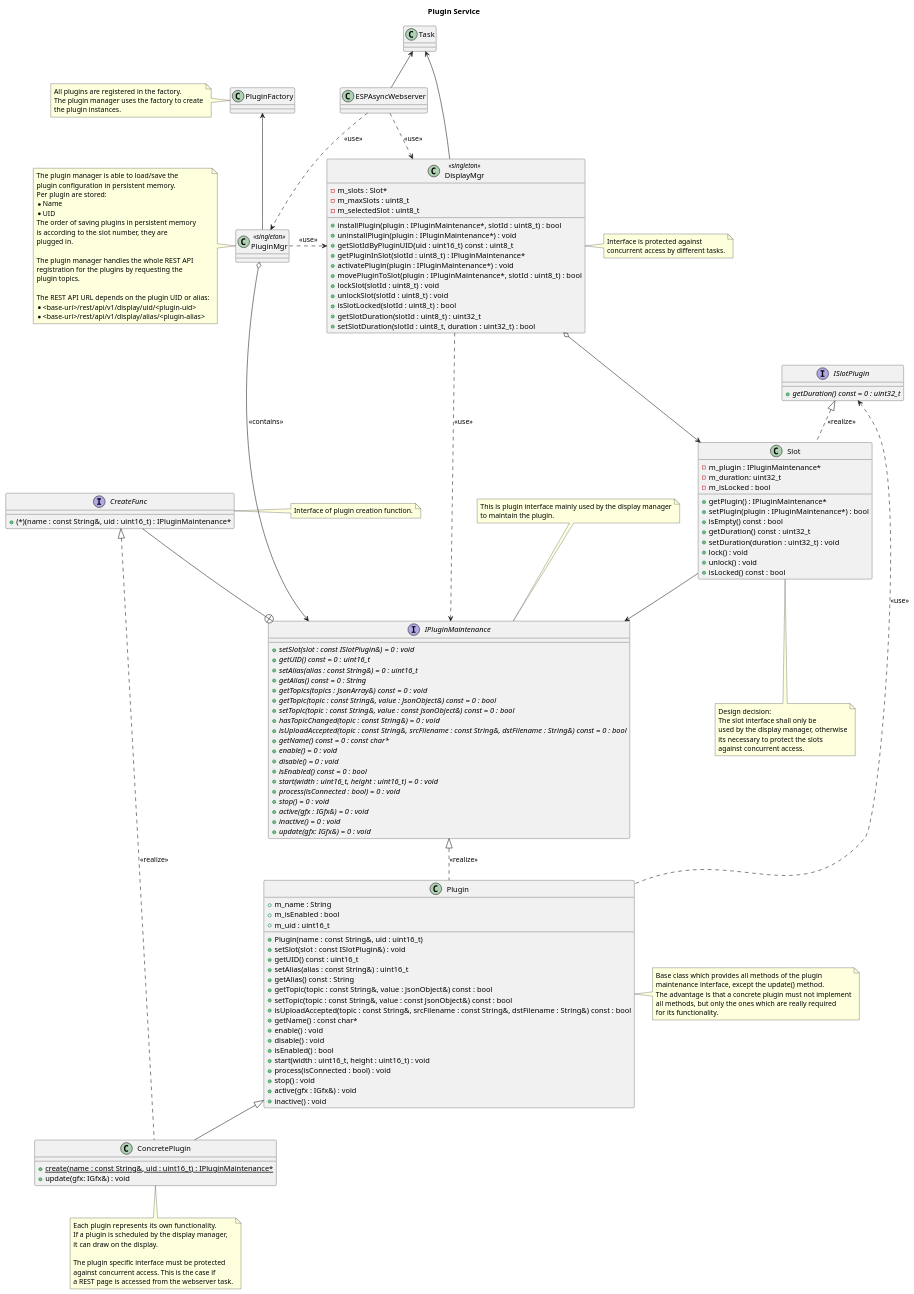
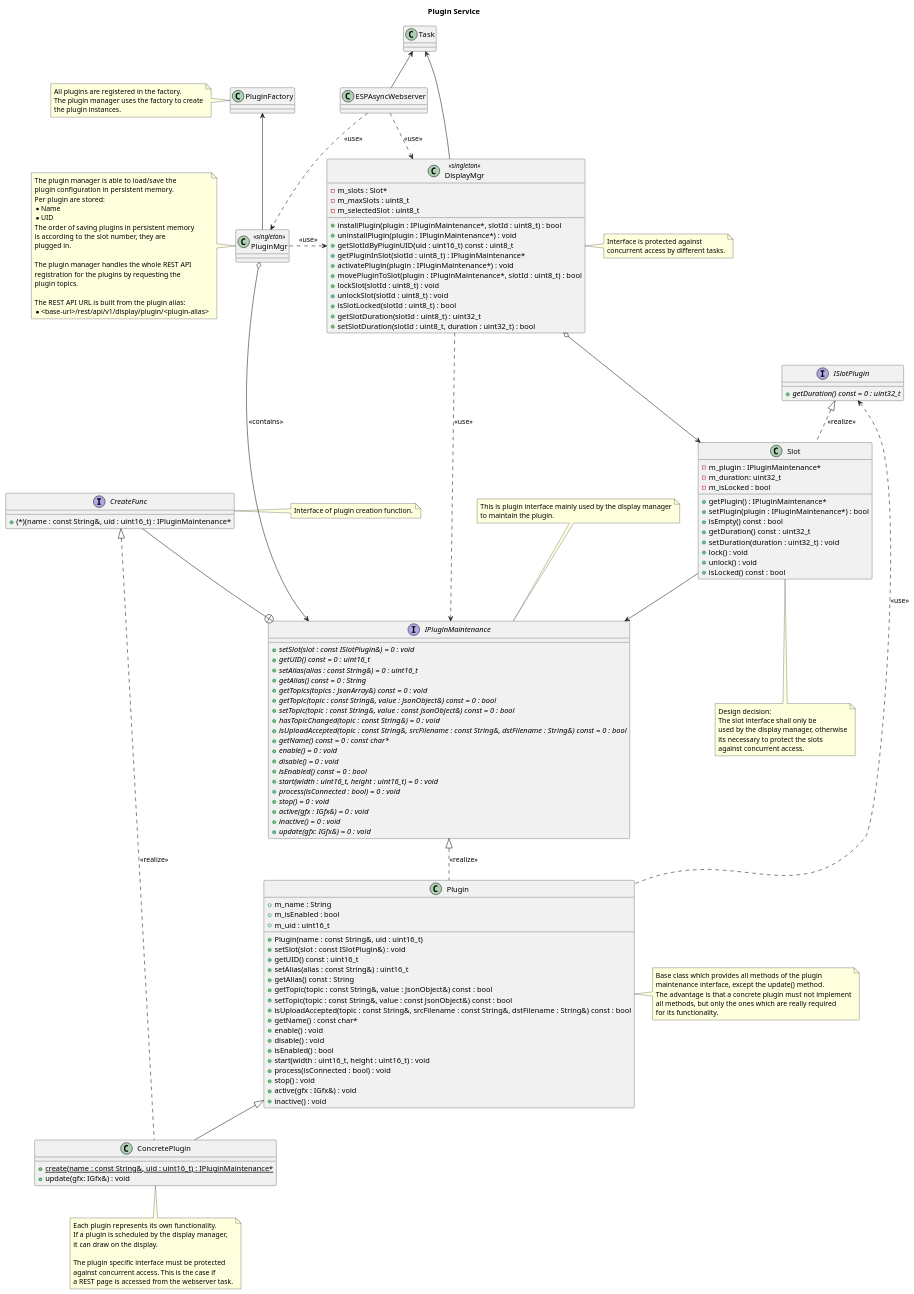
One commit to BlueAndi/Pixelix changed the diagram in doc/architecture/uml/plugin-service.wsd. Above: the diagram before and after it, drawn with PlantUML. The commit also changed 10 other files, not shown here.

```diff
--- a/doc/architecture/uml/plugin-service.wsd
+++ b/doc/architecture/uml/plugin-service.wsd
@@ -1,198 +1,197 @@
 @startuml plugin-service
 
 title Plugin Service
 
 interface IPluginMaintenance {
 
     + {abstract} setSlot(slot : const ISlotPlugin&) = 0 : void
     + {abstract} getUID() const = 0 : uint16_t
     + {abstract} setAlias(alias : const String&) = 0 : uint16_t
     + {abstract} getAlias() const = 0 : String
     + {abstract} getTopics(topics : JsonArray&) const = 0 : void
     + {abstract} getTopic(topic : const String&, value : JsonObject&) const = 0 : bool
     + {abstract} setTopic(topic : const String&, value : const JsonObject&) const = 0 : bool
     + {abstract} hasTopicChanged(topic : const String&) = 0 : void
     + {abstract} isUploadAccepted(topic : const String&, srcFilename : const String&, dstFilename : String&) const = 0 : bool
     + {abstract} getName() const = 0 : const char*
     + {abstract} enable() = 0 : void
     + {abstract} disable() = 0 : void
     + {abstract} isEnabled() const = 0 : bool
     + {abstract} start(width : uint16_t, height : uint16_t) = 0 : void
     + {abstract} process(isConnected : bool) = 0 : void
     + {abstract} stop() = 0 : void
     + {abstract} active(gfx : IGfx&) = 0 : void
     + {abstract} inactive() = 0 : void
     + {abstract} update(gfx: IGfx&) = 0 : void
 }
 
 note top of IPluginMaintenance
     This is plugin interface mainly used by the display manager
     to maintain the plugin.
 end note
 
 interface CreateFunc {
     + (*)(name : const String&, uid : uint16_t) : IPluginMaintenance*
 }
 
 note right of CreateFunc
     Interface of plugin creation function.
 end note
 
 class Plugin {
 
     + m_name : String
     + m_isEnabled : bool
     + m_uid : uint16_t
 
     + Plugin(name : const String&, uid : uint16_t)
     + setSlot(slot : const ISlotPlugin&) : void
     + getUID() const : uint16_t
     + setAlias(alias : const String&) : uint16_t
     + getAlias() const : String
     + getTopic(topic : const String&, value : JsonObject&) const : bool
     + setTopic(topic : const String&, value : const JsonObject&) const : bool
     + isUploadAccepted(topic : const String&, srcFilename : const String&, dstFilename : String&) const : bool
     + getName() : const char*
     + enable() : void
     + disable() : void
     + isEnabled() : bool
     + start(width : uint16_t, height : uint16_t) : void
     + process(isConnected : bool) : void
     + stop() : void
     + active(gfx : IGfx&) : void
     + inactive() : void
 }
 
 note right of Plugin
     Base class which provides all methods of the plugin
     maintenance interface, except the update() method.
     The advantage is that a concrete plugin must not implement
     all methods, but only the ones which are really required
     for its functionality.
 end note
 
 class ConcretePlugin {
     + {static} create(name : const String&, uid : uint16_t) : IPluginMaintenance*
     + update(gfx: IGfx&) : void
 }
 
 note bottom of ConcretePlugin
     Each plugin represents its own functionality.
     If a plugin is scheduled by the display manager,
     it can draw on the display.
 
     The plugin specific interface must be protected
     against concurrent access. This is the case if
     a REST page is accessed from the webserver task.
 end note
 
 interface ISlotPlugin {
 
     + {abstract} getDuration() const = 0 : uint32_t
 }
 
 class Slot {
     - m_plugin : IPluginMaintenance*
     - m_duration: uint32_t
     - m_isLocked : bool
     + getPlugin() : IPluginMaintenance*
     + setPlugin(plugin : IPluginMaintenance*) : bool
     + isEmpty() const : bool
     + getDuration() const : uint32_t
     + setDuration(duration : uint32_t) : void
     + lock() : void
     + unlock() : void
     + isLocked() const : bool
 }
 
 note bottom of Slot
     Design decision:
     The slot interface shall only be
     used by the display manager, otherwise
     its necessary to protect the slots
     against concurrent access.
 end note
 
 class DisplayMgr <<singleton>> {
     - m_slots : Slot*
     - m_maxSlots : uint8_t
     - m_selectedSlot : uint8_t
     + installPlugin(plugin : IPluginMaintenance*, slotId : uint8_t) : bool
     + uninstallPlugin(plugin : IPluginMaintenance*) : void
     + getSlotIdByPluginUID(uid : uint16_t) const : uint8_t
     + getPluginInSlot(slotId : uint8_t) : IPluginMaintenance*
     + activatePlugin(plugin : IPluginMaintenance*) : void
     + movePluginToSlot(plugin : IPluginMaintenance*, slotId : uint8_t) : bool
     + lockSlot(slotId : uint8_t) : void
     + unlockSlot(slotId : uint8_t) : void
     + isSlotLocked(slotId : uint8_t) : bool
     + getSlotDuration(slotId : uint8_t) : uint32_t
     + setSlotDuration(slotId : uint8_t, duration : uint32_t) : bool
 }
 
 note right of DisplayMgr
     Interface is protected against
     concurrent access by different tasks.
 end note
 
 class Task
 
 class PluginFactory
 
 note left of PluginFactory
     All plugins are registered in the factory.
     The plugin manager uses the factory to create
     the plugin instances.
 end note
 
 class PluginMgr <<singleton>>
 
 note left of PluginMgr
     The plugin manager is able to load/save the
     plugin configuration in persistent memory.
     Per plugin are stored:
     * Name
     * UID
     The order of saving plugins in persistent memory
     is according to the slot number, they are
     plugged in.
 
     The plugin manager handles the whole REST API
     registration for the plugins by requesting the
     plugin topics.
 
-    The REST API URL depends on the plugin UID or alias:
-    * <base-uri>/rest/api/v1/display/uid/<plugin-uid>
-    * <base-uri>/rest/api/v1/display/alias/<plugin-alias>
+    The REST API URL is built from the plugin alias:
+    * <base-uri>/rest/api/v1/display/plugin/<plugin-alias>
 end note
 
 class ESPAsyncWebserver
 
 PluginFactory <-- PluginMgr
 
 CreateFunc --+ IPluginMaintenance
 
 IPluginMaintenance <|.. Plugin: <<realize>>
 ISlotPlugin <.... Plugin: <<use>>
 
 Plugin <|-- ConcretePlugin
 CreateFunc <|.... ConcretePlugin: <<realize>>
 
 ISlotPlugin <|.. Slot: <<realize>>
 
 DisplayMgr ....> IPluginMaintenance: <<use>>
 DisplayMgr o---> Slot
 
 Slot --> IPluginMaintenance
 
 Task <--- DisplayMgr
 
 PluginMgr o--> IPluginMaintenance: <<contains>>
 PluginMgr .> DisplayMgr: <<use>>
 
 Task <-- ESPAsyncWebserver
 
 ESPAsyncWebserver ..> DisplayMgr: <<use>>
 ESPAsyncWebserver ..> PluginMgr: <<use>>
 
 @enduml
```
